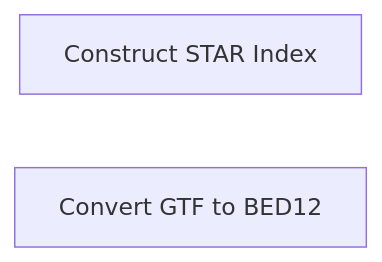
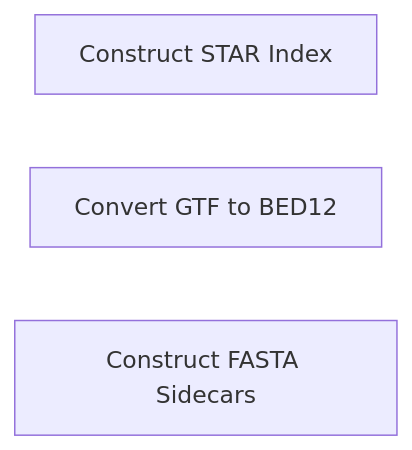
One commit to lab-cats/EMRYS changed the diagram in src/norad/contracts/STAGE_MAP.md. Above: the diagram before and after it, drawn with Mermaid. The commit also changed other lines of this file, not shown here.

Commit message:
docs: freeze FASTA sidecar stage identity

````diff
--- a/src/norad/contracts/STAGE_MAP.md
+++ b/src/norad/contracts/STAGE_MAP.md
@@ -88,5 +89,6 @@
 ```mermaid
 flowchart LR
     construct_STAR_index["Construct STAR Index"]
     convert_GTF_to_BED12["Convert GTF to BED12"]
+    construct_FASTA_sidecars["Construct FASTA Sidecars"]
 ```
````
